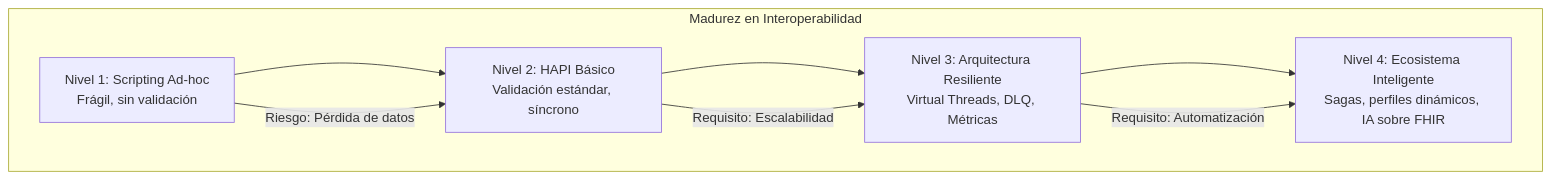
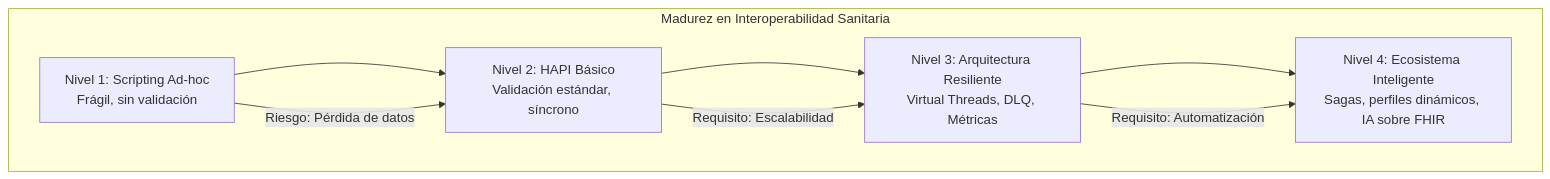
Before and after one commit to Joaquinriosheredia/DAM-Java-Mastery: the third of 3 diagrams in 09_HealthTech/interoperabilidad_sanitaria_fhir_r4_spring_boot_3_STAFF.md, drawn with Mermaid. The commit also changed other lines of this file, not shown here.

Commit message:
interoperabilidad_sanitaria_fhir_r4_spring_boot_3_STAFF.md

````diff
--- a/09_HealthTech/interoperabilidad_sanitaria_fhir_r4_spring_boot_3_STAFF.md
+++ b/09_HealthTech/interoperabilidad_sanitaria_fhir_r4_spring_boot_3_STAFF.md
@@ -396,13 +759,13 @@
 ```mermaid
 graph TD
-    subgraph "Madurez en Interoperabilidad"
-        L1[Nivel 1: Scripting Ad-hoc<br>Frágil, sin validación] --> L2
-        L2[Nivel 2: HAPI Básico<br>Validación estándar, síncrono] --> L3
-        L3[Nivel 3: Arquitectura Resiliente<br>Virtual Threads, DLQ, Métricas] --> L4
-        L4[Nivel 4: Ecosistema Inteligente<br>Sagas, perfiles dinámicos, IA sobre FHIR]
+    subgraph "Madurez en Interoperabilidad Sanitaria"
+        L1[Nivel 1: Scripting Ad-hoc<br/>Frágil, sin validación] --> L2
+        L2[Nivel 2: HAPI Básico<br/>Validación estándar, síncrono] --> L3
+        L3[Nivel 3: Arquitectura Resiliente<br/>Virtual Threads, DLQ, Métricas] --> L4
+        L4[Nivel 4: Ecosistema Inteligente<br/>Sagas, perfiles dinámicos, IA sobre FHIR]
     end
     
     L1 -->|Riesgo: Pérdida de datos| L2
     L2 -->|Requisito: Escalabilidad| L3
     L3 -->|Requisito: Automatización| L4
 ```
````
